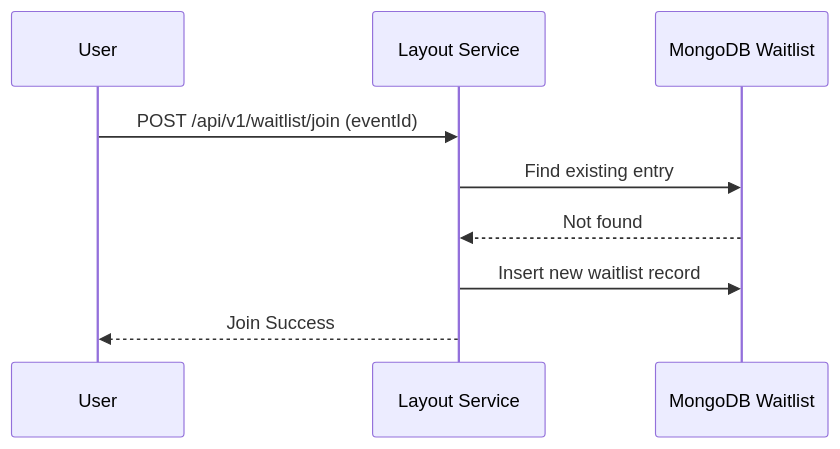
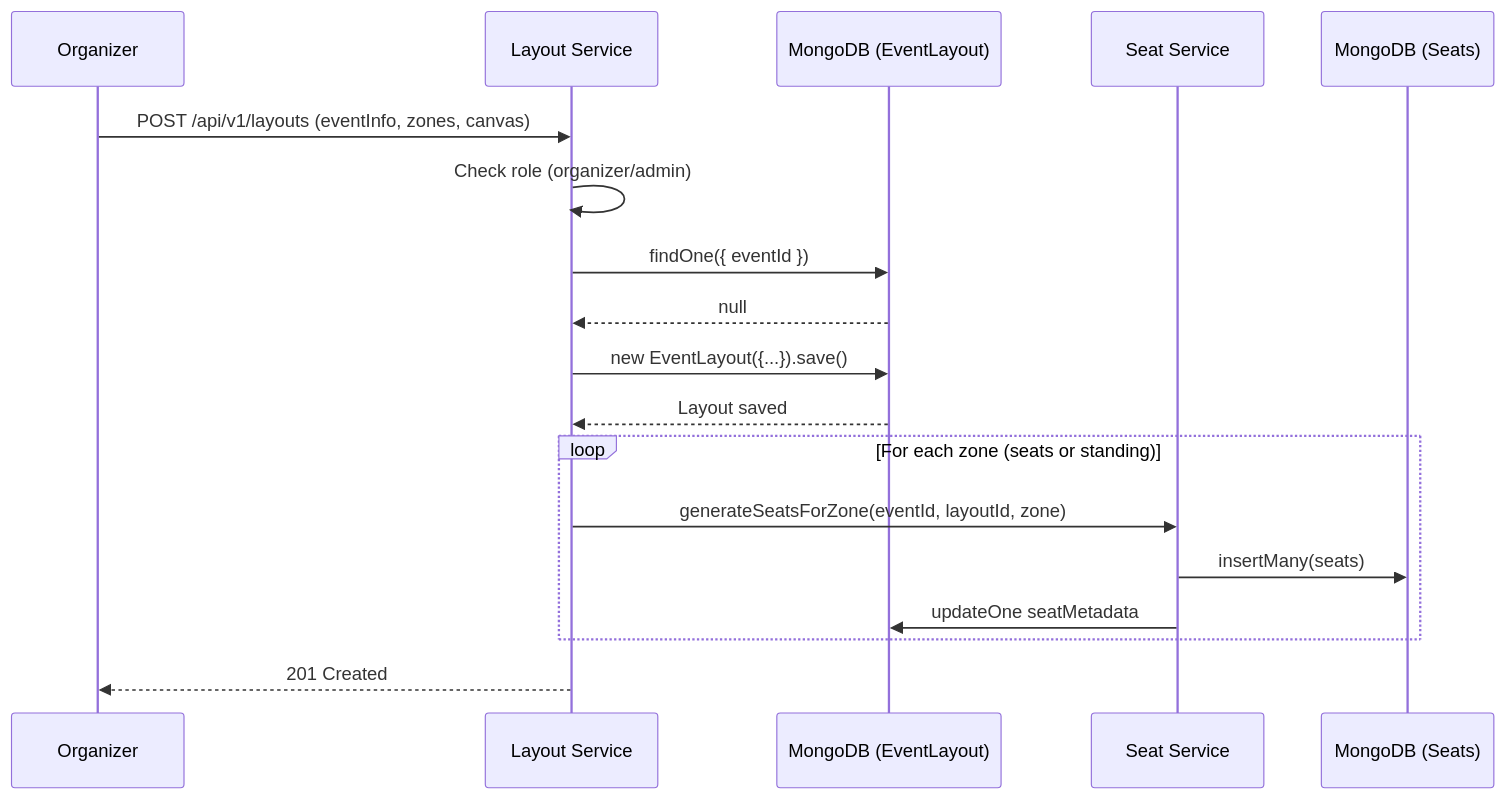
One commit to SDN-Group5/Event-Ticketing-Platform changed diagram 15 of 42 in doc/UML/Nam_BookingOrg.md. Above: the diagram before and after it, drawn with Mermaid. The commit also changed other lines of this file and 2 other files, not shown here.

````diff
--- a/doc/UML/Nam_BookingOrg.md
+++ b/doc/UML/Nam_BookingOrg.md
@@ -125,11 +430,23 @@
 ```mermaid
 sequenceDiagram
-    participant U as User
-    participant L as Layout Service
-    participant DB as MongoDB Waitlist
-    U->>L: POST /api/v1/waitlist/join (eventId)
-    L->>DB: Find existing entry
-    DB-->>L: Not found
-    L->>DB: Insert new waitlist record
-    L-->>U: Join Success
+    participant O as Organizer
+    participant LS as Layout Service
+    participant DB as MongoDB (EventLayout)
+    participant SS as Seat Service
+    participant SDB as MongoDB (Seats)
+
+    O->>LS: POST /api/v1/layouts (eventInfo, zones, canvas)
+    LS->>LS: Check role (organizer/admin)
+    LS->>DB: findOne({ eventId })
+    DB-->>LS: null
+    LS->>DB: new EventLayout({...}).save()
+    DB-->>LS: Layout saved
+
+    loop For each zone (seats or standing)
+        LS->>SS: generateSeatsForZone(eventId, layoutId, zone)
+        SS->>SDB: insertMany(seats)
+        SS->>DB: updateOne seatMetadata
+    end
+
+    LS-->>O: 201 Created
 ```
````
